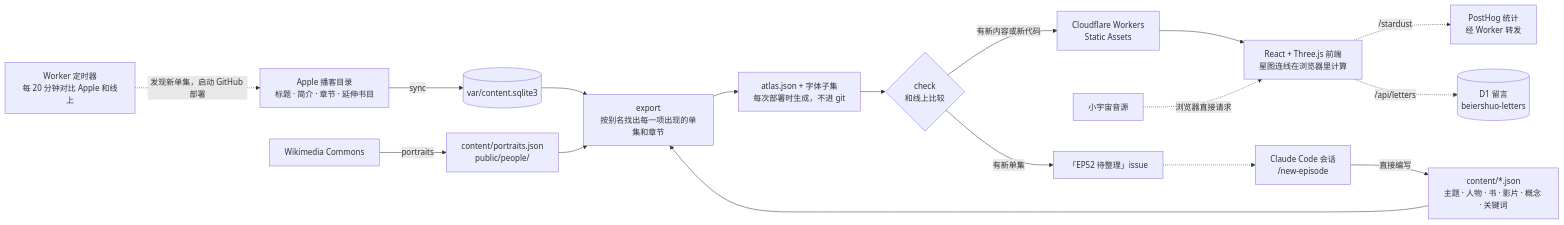
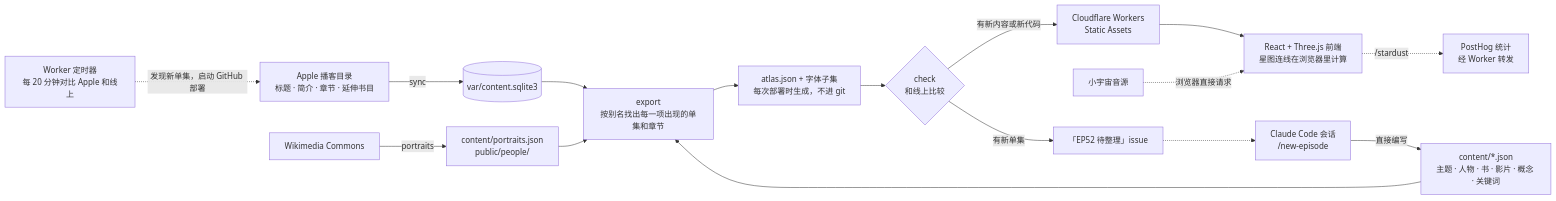
Before and after one commit to foreseaz/beiershuo: the diagram in README.md, drawn with Mermaid. The commit also changed other lines of this file and 8 other files, not shown here.

````diff
--- a/README.md
+++ b/README.md
@@ -35,19 +33,18 @@
 ```mermaid
 flowchart LR
   T[Worker 定时器<br/>每 20 分钟对比 Apple 和线上] -. 发现新单集，启动 GitHub 部署 .-> A
   A[Apple 播客目录<br/>标题 · 简介 · 章节 · 延伸书目] -->|sync| D[(var/content.sqlite3)]
   C[Claude Code 会话<br/>/new-episode] -->|直接编写| J[content/*.json<br/>主题 · 人物 · 书 · 影片 · 概念 · 关键词]
   W[Wikimedia Commons] -->|portraits| P[content/portraits.json<br/>public/people/]
   D --> E[export<br/>按别名找出每一项出现的单集和章节]
   J --> E
   P --> E
   E --> S[atlas.json + 字体子集<br/>每次部署时生成，不进 git]
   S --> K{check<br/>和线上比较}
   K -->|有新内容或新代码| CF[Cloudflare Workers<br/>Static Assets]
   K -->|有新单集| I[「EP52 待整理」issue]
   I -.-> C
   CF --> F[React + Three.js 前端<br/>星图连线在浏览器里计算]
   X[小宇宙音源] -. 浏览器直接请求 .-> F
   F -. /stardust .-> PH[PostHog 统计<br/>经 Worker 转发]
-  F -. /api/letters .-> L[(D1 留言<br/>beiershuo-letters)]
 ```
````
